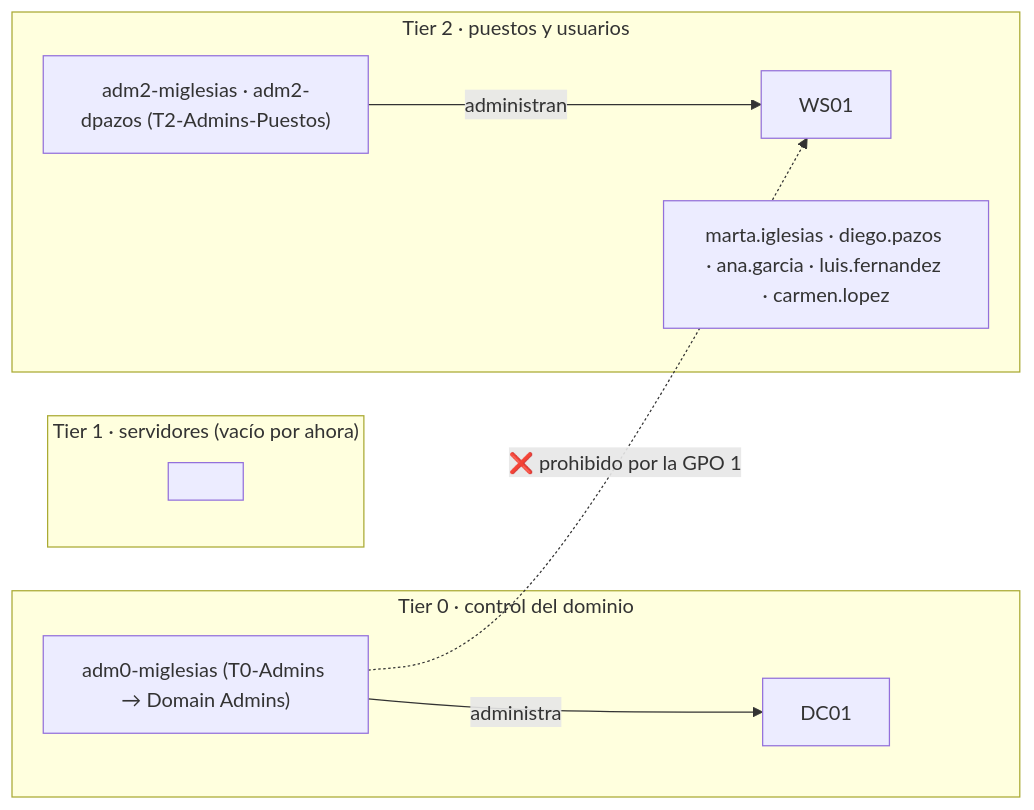
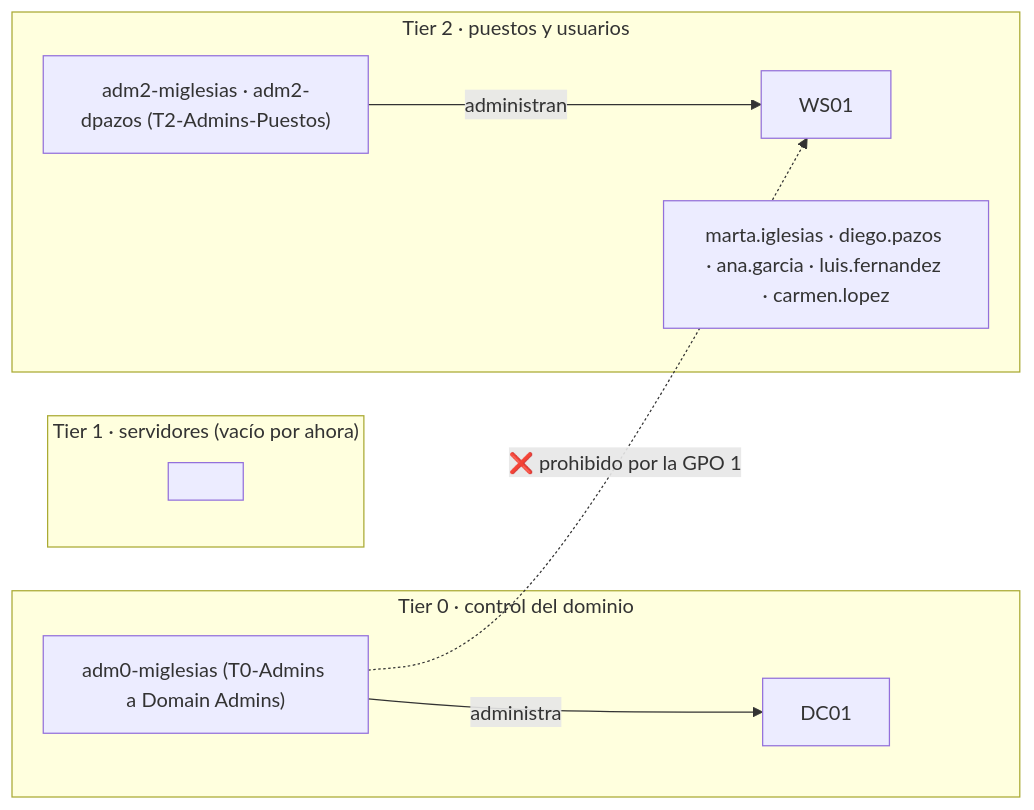
Before and after one commit to Yomartinez22/bretema-ad-lab: the diagram in docs/lab-overview.es.md, drawn with Mermaid. The commit also changed other lines of this file and 2 other files, not shown here.

````diff
--- a/docs/lab-overview.es.md
+++ b/docs/lab-overview.es.md
@@ -31,18 +31,18 @@
 ```mermaid
 flowchart LR
   subgraph T0["Tier 0 · control del dominio"]
     DC01["DC01"]
-    A0["adm0-miglesias (T0-Admins → Domain Admins)"]
+    A0["adm0-miglesias (T0-Admins a Domain Admins)"]
   end
   subgraph T1["Tier 1 · servidores (vacío por ahora)"]
     S1[" "]
   end
   subgraph T2["Tier 2 · puestos y usuarios"]
     WS01["WS01"]
     A2["adm2-miglesias · adm2-dpazos (T2-Admins-Puestos)"]
     U["marta.iglesias · diego.pazos · ana.garcia · luis.fernandez · carmen.lopez"]
   end
   A0 -- "administra" --> DC01
   A2 -- "administran" --> WS01
   A0 -. "❌ prohibido por la GPO 1" .-> WS01
 ```
````
